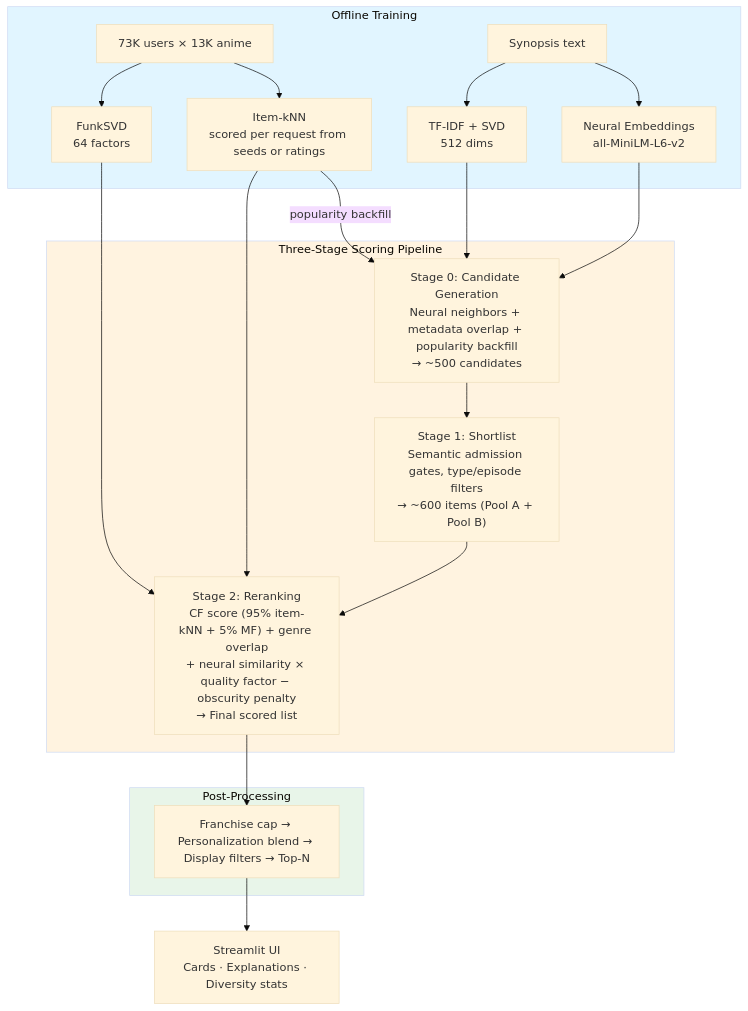
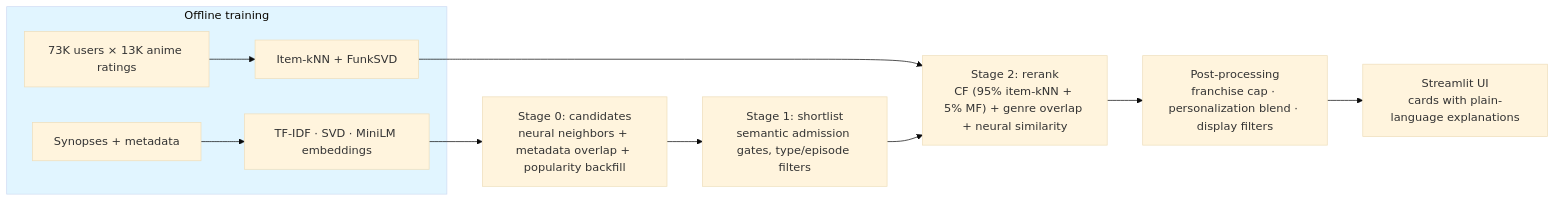
The diagram in README.md (daedwards06/MyAnimeRecommendationSystem), drawn with Mermaid (base theme) before and after one commit. The commit also changed other lines of this file and 9 other files, not shown here.

````diff
--- a/README.md
+++ b/README.md
@@ -76,32 +41,18 @@
 ```mermaid
-graph TB
-    subgraph Offline["Offline Training"]
-        D1[73K users × 13K anime] --> M1[FunkSVD<br/>64 factors]
-        D1 --> M2[Item-kNN<br/>scored per request from seeds or ratings]
-        D2[Synopsis text] --> M3[TF-IDF + SVD<br/>512 dims]
-        D2 --> M4[Neural Embeddings<br/>all-MiniLM-L6-v2]
+graph LR
+    subgraph Offline["Offline training"]
+        D1[73K users × 13K anime ratings] --> CF[Item-kNN + FunkSVD]
+        D2[Synopses + metadata] --> CT[TF-IDF · SVD · MiniLM embeddings]
     end
 
-    subgraph Pipeline["Three-Stage Scoring Pipeline"]
-        S0["Stage 0: Candidate Generation<br/>Neural neighbors + metadata overlap + popularity backfill<br/>→ ~500 candidates"]
-        S1["Stage 1: Shortlist<br/>Semantic admission gates, type/episode filters<br/>→ ~600 items (Pool A + Pool B)"]
-        S2["Stage 2: Reranking<br/>CF score (95% item-kNN + 5% MF) + genre overlap<br/>+ neural similarity × quality factor − obscurity penalty<br/>→ Final scored list"]
-    end
+    S0["Stage 0: candidates<br/>neural neighbors + metadata overlap + popularity backfill"]
+    S1["Stage 1: shortlist<br/>semantic admission gates, type/episode filters"]
+    S2["Stage 2: rerank<br/>CF (95% item-kNN + 5% MF) + genre overlap + neural similarity"]
+    PP["Post-processing<br/>franchise cap · personalization blend · display filters"]
 
-    subgraph Post["Post-Processing"]
-        PP["Franchise cap → Personalization blend → Display filters → Top-N"]
-    end
-
-    M1 --> S2
-    M2 --> S2
-    M2 -- popularity backfill --> S0
-    M3 --> S0
-    M4 --> S0
-    S0 --> S1 --> S2 --> PP
-
-    PP --> UI["Streamlit UI<br/>Cards · Explanations · Diversity stats"]
+    CT --> S0
+    CF --> S2
+    S0 --> S1 --> S2 --> PP --> UI["Streamlit UI<br/>cards with plain-language explanations"]
 
     style Offline fill:#e1f5ff
-    style Pipeline fill:#fff3e0
-    style Post fill:#e8f5e9
 ```
````
